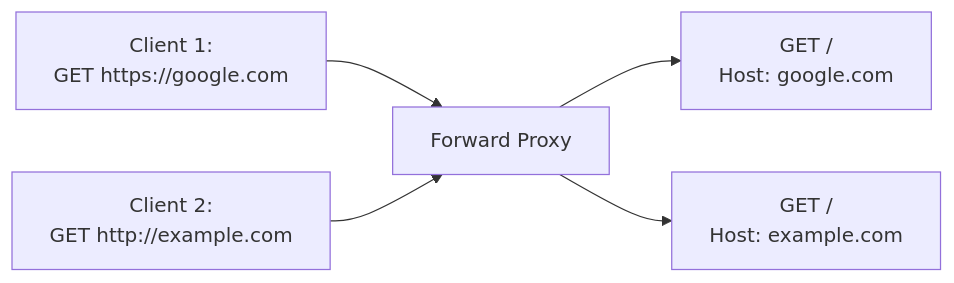
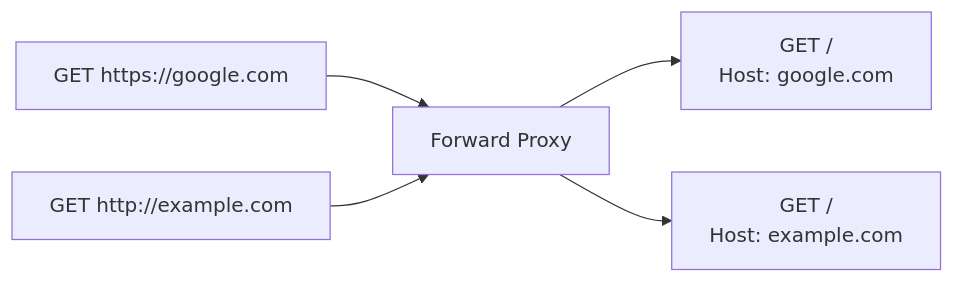
The first of 8 diagrams in docs/nodejs/http_proxy.md (samuel871211/yusheng-tech-blog), drawn with Mermaid before and after one commit. The commit also changed other lines of this file and 2 other files, not shown here.

Commit message:
http_proxy

````diff
--- a/docs/nodejs/http_proxy.md
+++ b/docs/nodejs/http_proxy.md
@@ -16,7 +16,7 @@
 ```mermaid
 flowchart LR
-  A["Client 1:<br/>GET https://google.com"] --> B[Forward Proxy]
-  C["Client 2:<br/>GET http://example.com"] --> B
+  A["GET https://google.com"] --> B[Forward Proxy]
+  C["GET http://example.com"] --> B
   B --> D["GET /<br/>Host: google.com"]
   B --> E["GET /<br/>Host: example.com"]
 ```
````
